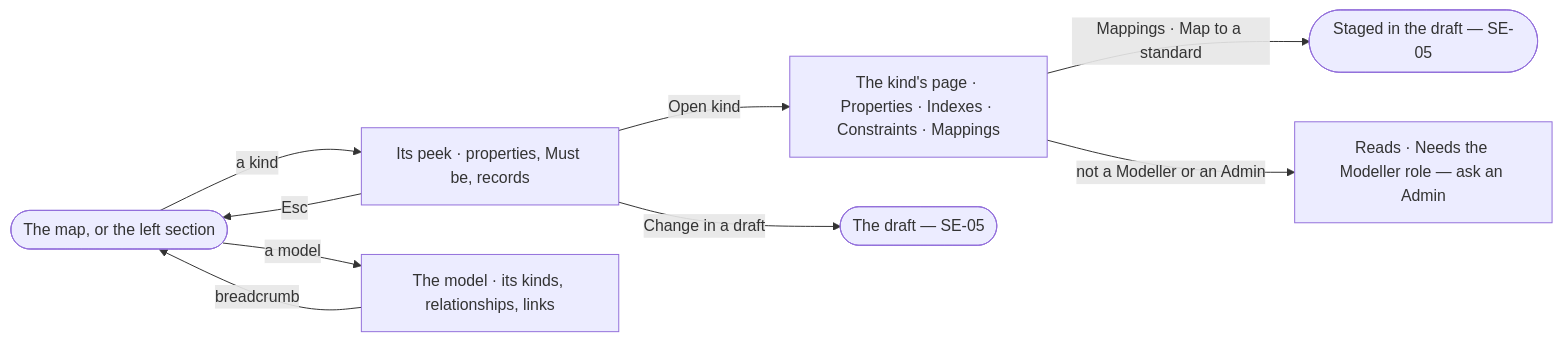
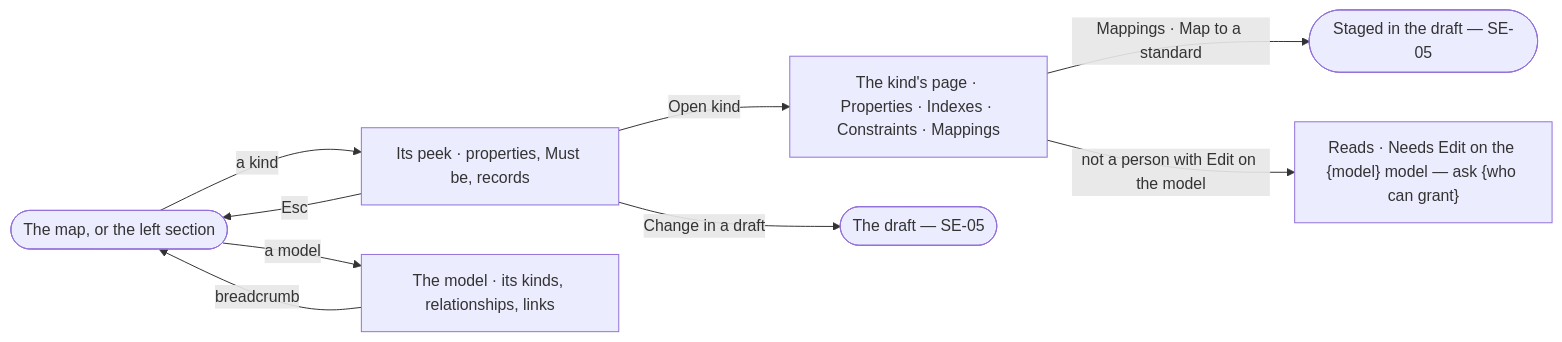
The diagram in specs/capabilities/semantics/features/SE-F06-links-and-mappings/stories/SE-02-open-a-model-and-a-kind/story.md (invana/invana), drawn with Mermaid before and after one commit. The commit also changed other lines of this file and 456 other files, not shown here.

````diff
--- a/specs/capabilities/semantics/features/SE-F06-links-and-mappings/stories/SE-02-open-a-model-and-a-kind/story.md
+++ b/specs/capabilities/semantics/features/SE-F06-links-and-mappings/stories/SE-02-open-a-model-and-a-kind/story.md
@@ -28,11 +29,11 @@
 ```mermaid
 flowchart LR
   a([The map, or the left section]) -->|a kind| p["Its peek · properties, Must be, records"]
   p -->|Esc| a
   p -->|Open kind| k["The kind's page · Properties · Indexes · Constraints · Mappings"]
   p -->|Change in a draft| d(["The draft — SE-05"])
   a -->|a model| m["The model · its kinds, relationships, links"]
   m -->|breadcrumb| a
   k -->|Mappings · Map to a standard| ms(["Staged in the draft — SE-05"])
-  k -->|not a Modeller or an Admin| na["Reads · Needs the Modeller role — ask an Admin"]
+  k -->|not a person with Edit on the model| na["Reads · Needs Edit on the {model} model — ask {who can grant}"]
 ```
````
